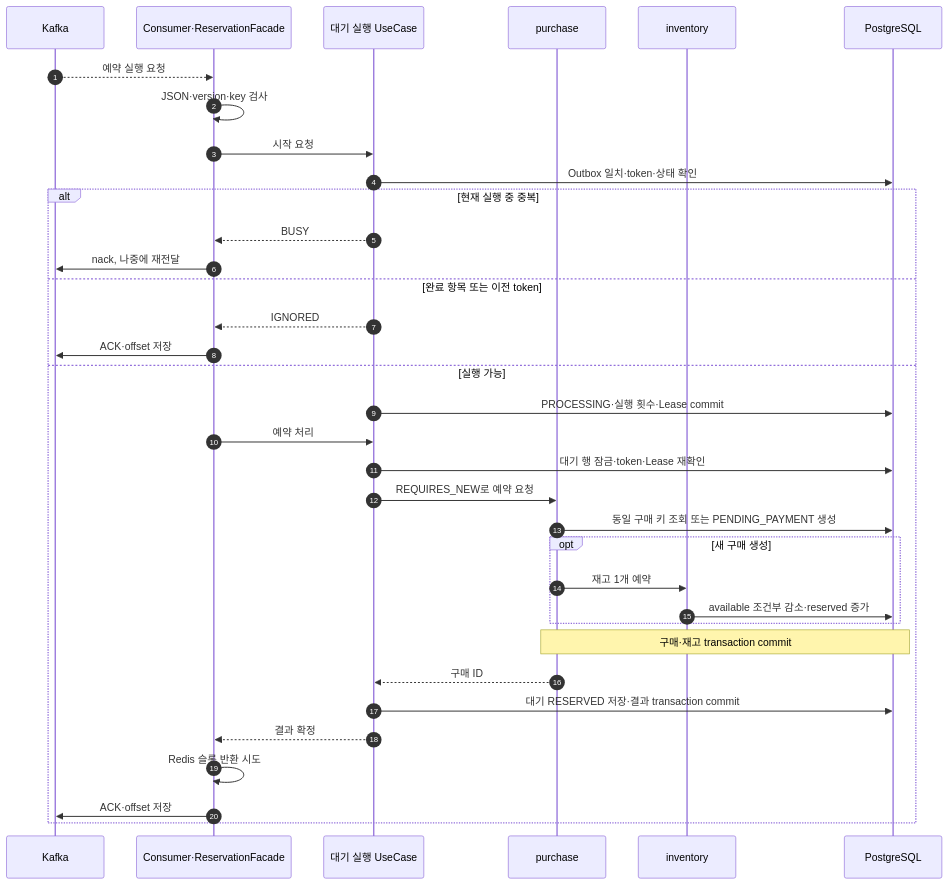
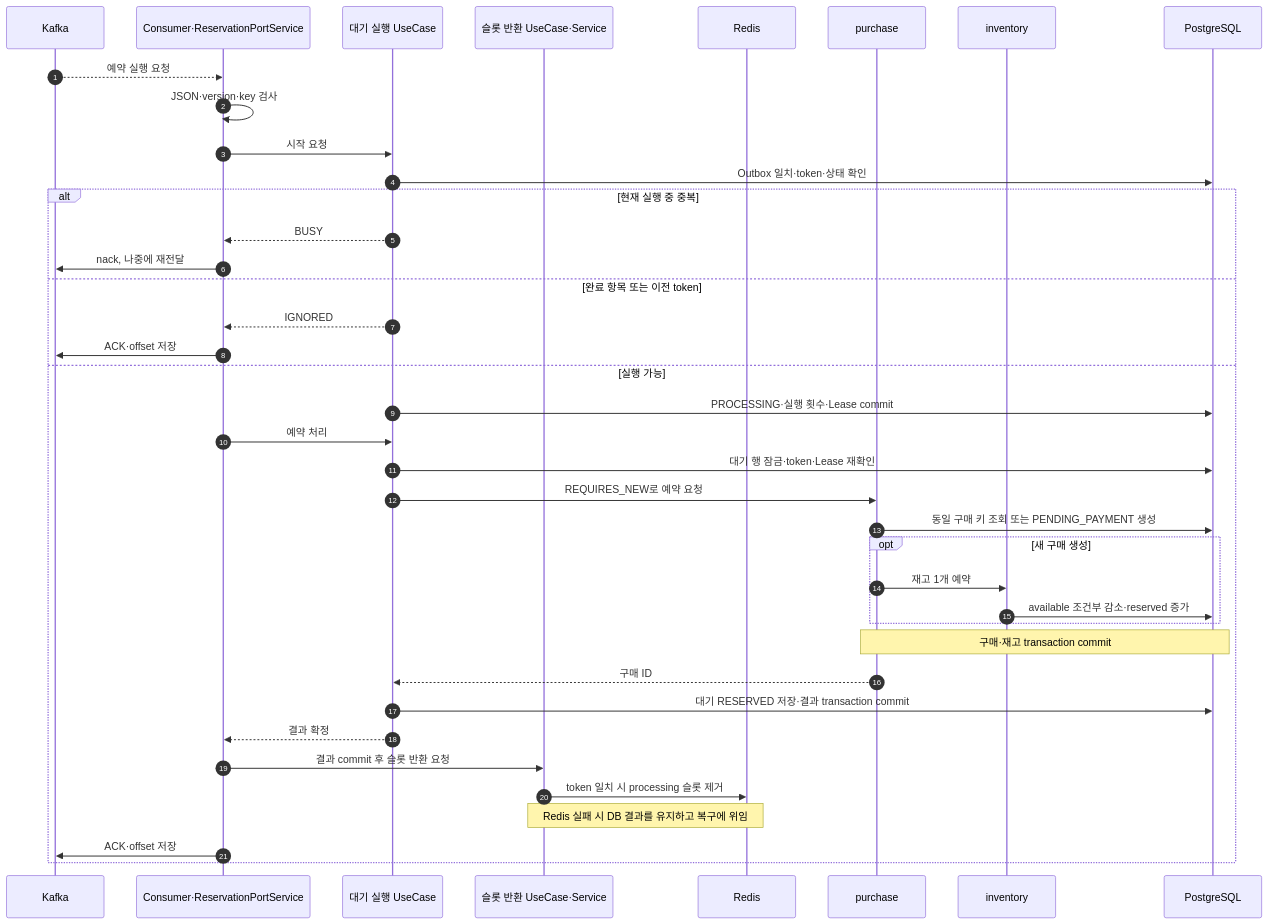
Before and after one commit to DevelopHeon/limited-ticketing: the fourth of 8 diagrams in docs/architecture/business-flows.md, drawn with Mermaid. The commit also changed other lines of this file and 20 other files, not shown here.

Commit message:
refactor: Facade를 PortService로 통합하고 내부 UseCase 경계를 검증

````diff
--- a/docs/architecture/business-flows.md
+++ b/docs/architecture/business-flows.md
@@ -158,37 +158,41 @@
 ```mermaid
 sequenceDiagram
     autonumber
     participant Kafka as Kafka
-    participant Consumer as Consumer·ReservationFacade
+    participant Consumer as Consumer·ReservationPortService
     participant Waiting as 대기 실행 UseCase
+    participant Release as 슬롯 반환 UseCase·Service
+    participant Redis as Redis
     participant Purchase as purchase
     participant Inventory as inventory
     participant DB as PostgreSQL
     Kafka-->>Consumer: 예약 실행 요청
     Consumer->>Consumer: JSON·version·key 검사
     Consumer->>Waiting: 시작 요청
     Waiting->>DB: Outbox 일치·token·상태 확인
     alt 현재 실행 중 중복
         Waiting-->>Consumer: BUSY
         Consumer->>Kafka: nack, 나중에 재전달
     else 완료 항목 또는 이전 token
         Waiting-->>Consumer: IGNORED
         Consumer->>Kafka: ACK·offset 저장
     else 실행 가능
         Waiting->>DB: PROCESSING·실행 횟수·Lease commit
         Consumer->>Waiting: 예약 처리
         Waiting->>DB: 대기 행 잠금·token·Lease 재확인
         Waiting->>Purchase: REQUIRES_NEW로 예약 요청
         Purchase->>DB: 동일 구매 키 조회 또는 PENDING_PAYMENT 생성
         opt 새 구매 생성
             Purchase->>Inventory: 재고 1개 예약
             Inventory->>DB: available 조건부 감소·reserved 증가
         end
         Note over Purchase,DB: 구매·재고 transaction commit
         Purchase-->>Waiting: 구매 ID
         Waiting->>DB: 대기 RESERVED 저장·결과 transaction commit
         Waiting-->>Consumer: 결과 확정
-        Consumer->>Consumer: Redis 슬롯 반환 시도
+        Consumer->>Release: 결과 commit 후 슬롯 반환 요청
+        Release->>Redis: token 일치 시 processing 슬롯 제거
+        Note over Release,Redis: Redis 실패 시 DB 결과를 유지하고 복구에 위임
         Consumer->>Kafka: ACK·offset 저장
     end
 ```
````
